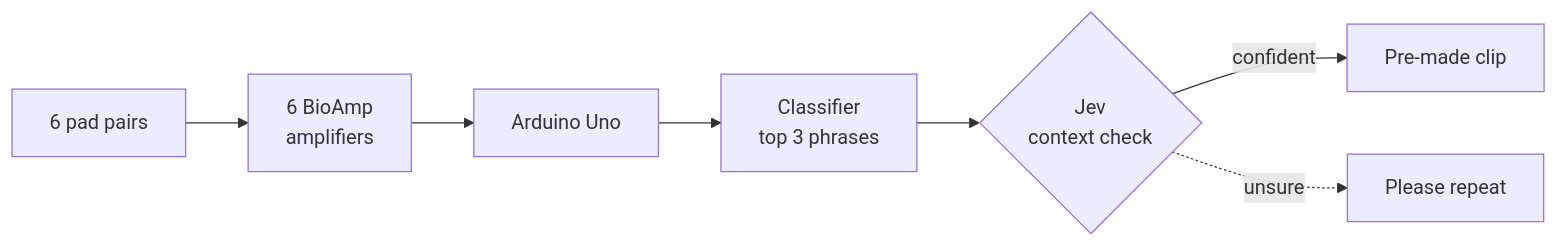
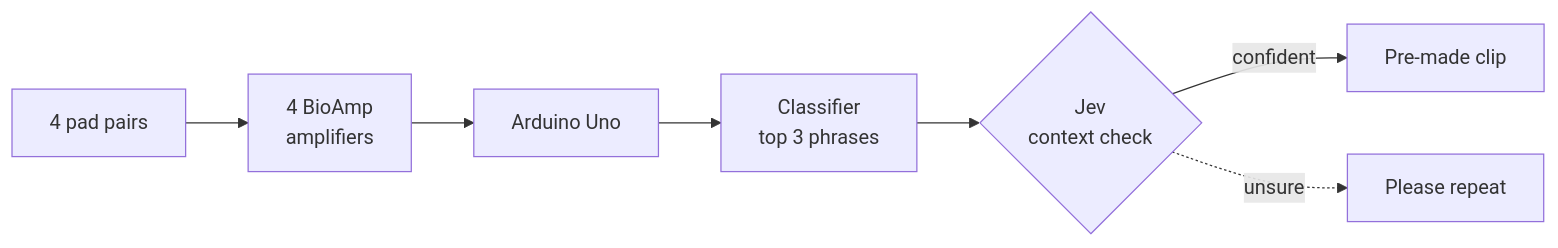
Before and after one commit to thaimtl/Reclaim: the second of 2 diagrams in README.md, drawn with Mermaid. The commit also changed other lines of this file and 12 other files, not shown here.

````diff
--- a/README.md
+++ b/README.md
@@ -41,9 +41,9 @@
 ```mermaid
 flowchart LR
-    P[6 pad pairs] --> A[6 BioAmp<br/>amplifiers]
+    P[4 pad pairs] --> A[4 BioAmp<br/>amplifiers]
     A --> U[Arduino Uno]
     U --> C[Classifier<br/>top 3 phrases]
     C --> J{Jev<br/>context check}
     J -->|confident| V[Pre-made clip]
     J -.->|unsure| R[Please repeat]
 ```
````
